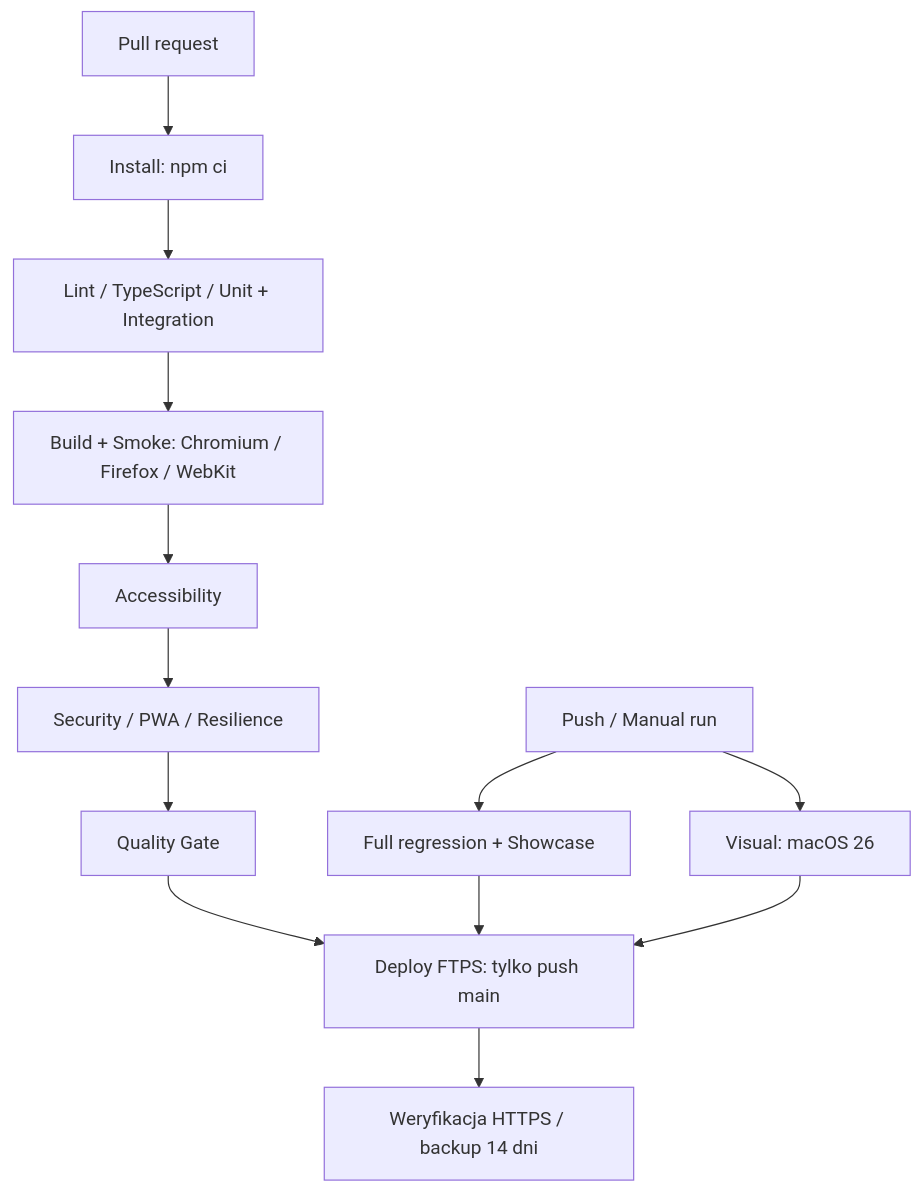
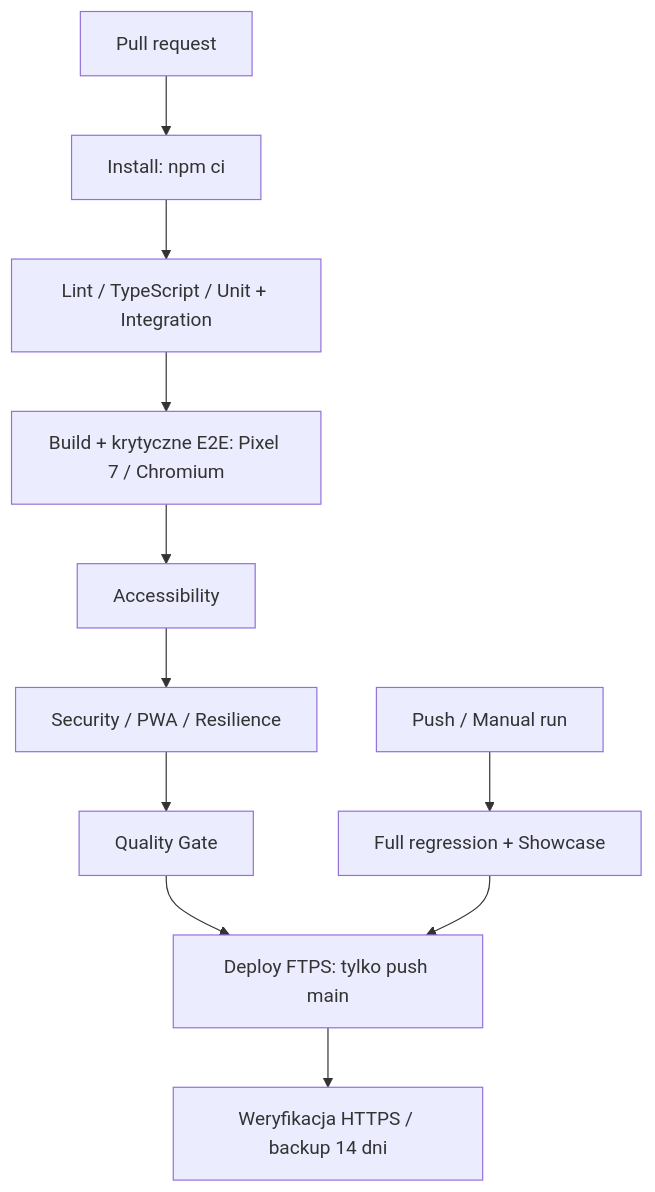
Before and after one commit to logip87/jedna-kula: the diagram in README.md, drawn with Mermaid. The commit also changed other lines of this file and 1 other file, not shown here.

````diff
--- a/README.md
+++ b/README.md
@@ -65,15 +61,13 @@
 ```mermaid
 flowchart TD
   PR[Pull request] --> I[Install: npm ci]
   I --> U[Lint / TypeScript / Unit + Integration]
-  U --> P[Build + Smoke: Chromium / Firefox / WebKit]
+  U --> P[Build + krytyczne E2E: Pixel 7 / Chromium]
   P --> A[Accessibility]
   A --> S[Security / PWA / Resilience]
   S --> Q[Quality Gate]
   M[Push / Manual run] --> F[Full regression + Showcase]
-  M --> V[Visual: macOS 26]
   Q --> D[Deploy FTPS: tylko push main]
   F --> D
-  V --> D
   D --> H[Weryfikacja HTTPS / backup 14 dni]
 ```
````
